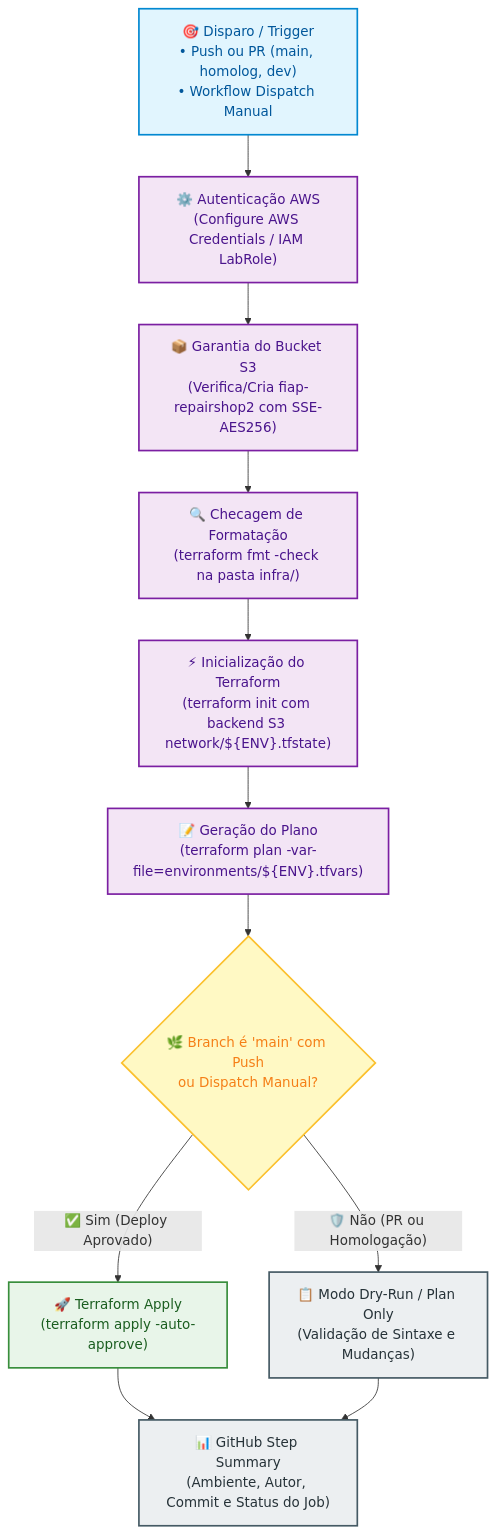
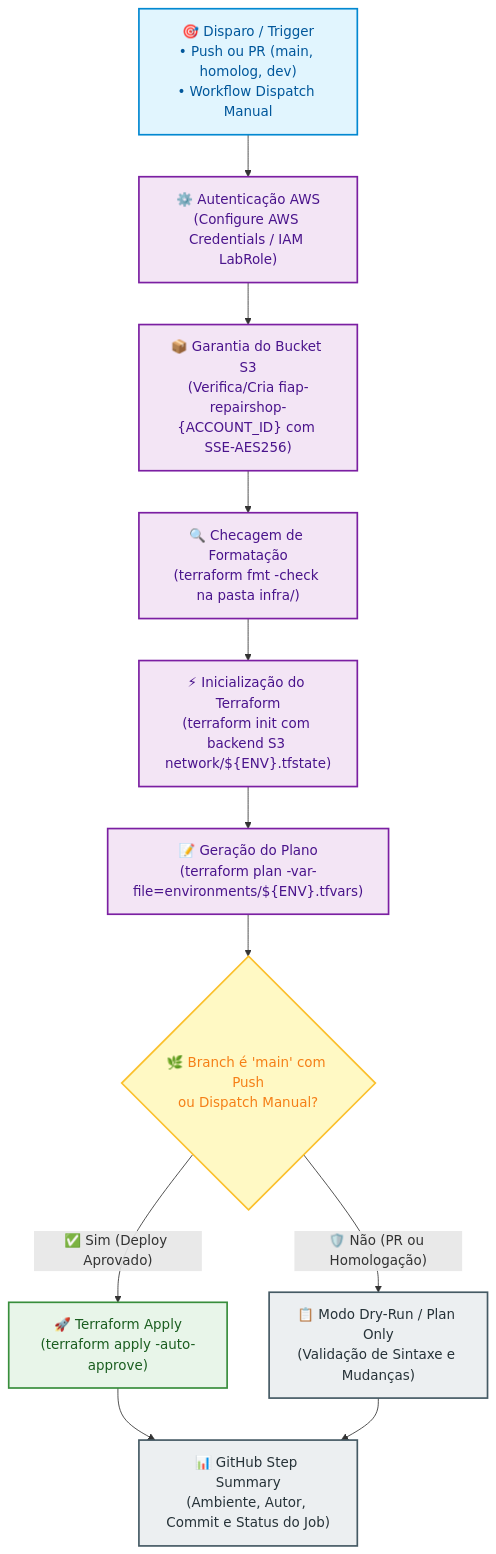
One commit to tech-challenge-fiap-repairshop/tech-challenge-repairshop-infra-network changed the second of 3 diagrams in README.md. Above: the diagram before and after it, drawn with Mermaid. The commit also changed other lines of this file and 3 other files, not shown here.

Commit message:
feat(ci): resolve terraform state bucket dynamically by AWS account id

````diff
--- a/README.md
+++ b/README.md
@@ -143,22 +143,22 @@
 ```mermaid
 flowchart TD
     classDef triggerStyle fill:#E1F5FE,stroke:#0288D1,stroke-width:2px,color:#01579B
     classDef stepStyle fill:#F3E5F5,stroke:#7B1FA2,stroke-width:2px,color:#4A148C
     classDef gateStyle fill:#FFF9C4,stroke:#FBC02D,stroke-width:2px,color:#F57F17
     classDef deployStyle fill:#E8F5E9,stroke:#388E3C,stroke-width:2px,color:#1B5E20
     classDef reportStyle fill:#ECEFF1,stroke:#455A64,stroke-width:2px,color:#263238
 
     A["🎯 Disparo / Trigger\n• Push ou PR (main, homolog, dev)\n• Workflow Dispatch Manual"]:::triggerStyle
     A --> B["⚙️ Autenticação AWS\n(Configure AWS Credentials / IAM LabRole)"]:::stepStyle
-    B --> C["📦 Garantia do Bucket S3\n(Verifica/Cria fiap-repairshop2 com SSE-AES256)"]:::stepStyle
+    B --> C["📦 Garantia do Bucket S3\n(Verifica/Cria fiap-repairshop-{ACCOUNT_ID} com SSE-AES256)"]:::stepStyle
     C --> D["🔍 Checagem de Formatação\n(terraform fmt -check na pasta infra/)"]:::stepStyle
     D --> E["⚡ Inicialização do Terraform\n(terraform init com backend S3 network/${ENV}.tfstate)"]:::stepStyle
     E --> F["📝 Geração do Plano\n(terraform plan -var-file=environments/${ENV}.tfvars)"]:::stepStyle
     F --> G{"🌿 Branch é 'main' com Push\nou Dispatch Manual?"}:::gateStyle
     
     G -- "✅ Sim (Deploy Aprovado)" --> H["🚀 Terraform Apply\n(terraform apply -auto-approve)"]:::deployStyle
     G -- "🛡️ Não (PR ou Homologação)" --> I["📋 Modo Dry-Run / Plan Only\n(Validação de Sintaxe e Mudanças)"]:::reportStyle
     
     H --> J["📊 GitHub Step Summary\n(Ambiente, Autor, Commit e Status do Job)"]:::reportStyle
     I --> J
 ```
````
